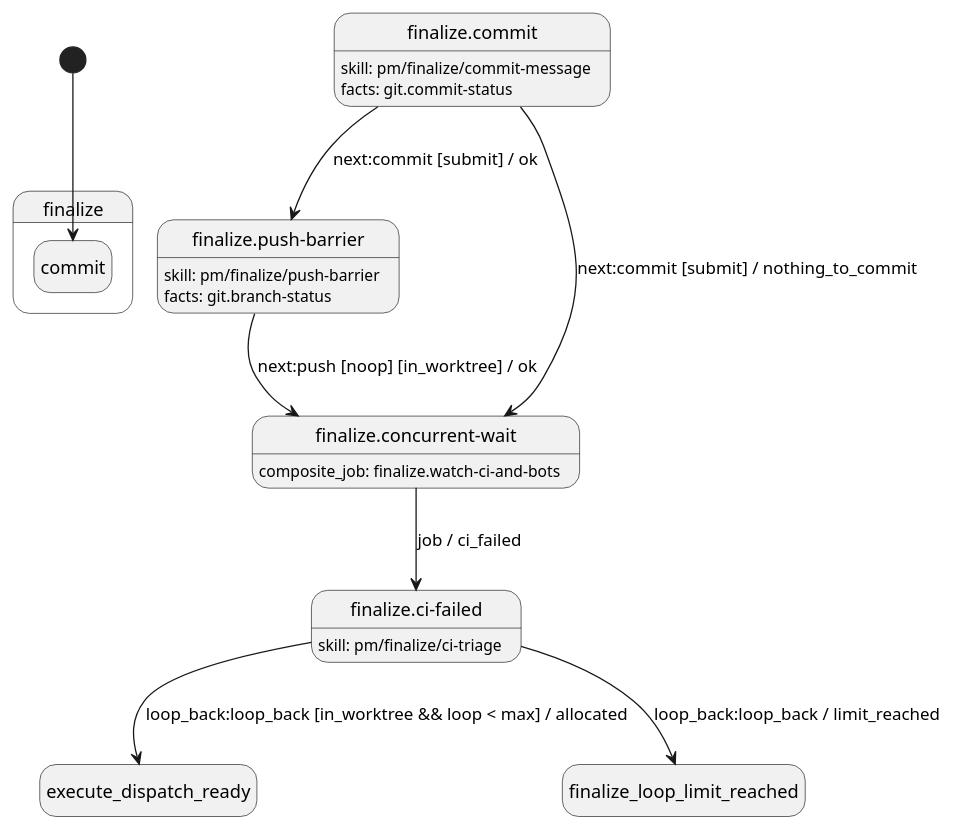
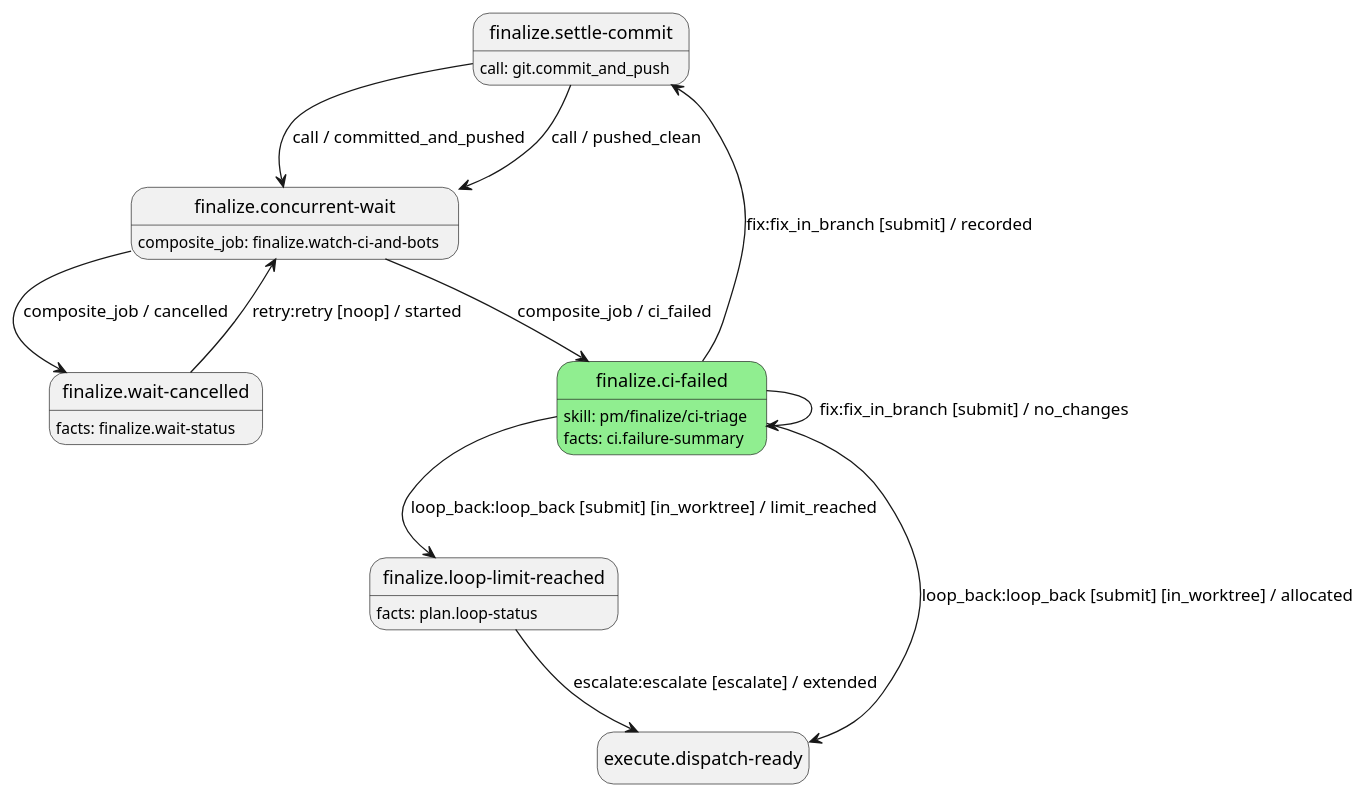
Before and after one commit to cuioss/plan-marshall-mcp: the diagram in doc/specification/workflow-dsl.adoc, drawn with PlantUML. The commit also changed other lines of this file and 4 other files, not shown here.

```diff
--- a/doc/specification/workflow-dsl.adoc
+++ b/doc/specification/workflow-dsl.adoc
@@ -768,18 +861,23 @@
 [source,plantuml]
 ----
 @startuml
 hide empty description
-[*] --> finalize.commit
-state "finalize.commit" as finalize_commit : skill: pm/finalize/commit-message\nfacts: git.commit-status
-state "finalize.push-barrier" as finalize_push_barrier : skill: pm/finalize/push-barrier\nfacts: git.branch-status
+state "finalize.settle-commit" as finalize_settle_commit : call: git.commit_and_push
 state "finalize.concurrent-wait" as finalize_concurrent_wait : composite_job: finalize.watch-ci-and-bots
-state "finalize.ci-failed" as finalize_ci_failed : skill: pm/finalize/ci-triage
+state "finalize.ci-failed" as finalize_ci_failed #LightGreen : skill: pm/finalize/ci-triage\nfacts: ci.failure-summary
+state "finalize.wait-cancelled" as finalize_wait_cancelled : facts: finalize.wait-status
+state "finalize.loop-limit-reached" as finalize_loop_limit_reached : facts: plan.loop-status
+state "execute.dispatch-ready" as execute_dispatch_ready
 
-finalize_commit --> finalize_push_barrier : next:commit [submit] / ok
-finalize_commit --> finalize_concurrent_wait : next:commit [submit] / nothing_to_commit
-finalize_push_barrier --> finalize_concurrent_wait : next:push [noop] [in_worktree] / ok
-finalize_concurrent_wait --> finalize_ci_failed : job / ci_failed
-finalize_ci_failed --> execute_dispatch_ready : loop_back:loop_back [in_worktree && loop < max] / allocated
-finalize_ci_failed --> finalize_loop_limit_reached : loop_back:loop_back / limit_reached
+finalize_settle_commit --> finalize_concurrent_wait : call / committed_and_pushed
+finalize_settle_commit --> finalize_concurrent_wait : call / pushed_clean
+finalize_concurrent_wait --> finalize_ci_failed : composite_job / ci_failed
+finalize_concurrent_wait --> finalize_wait_cancelled : composite_job / cancelled
+finalize_ci_failed --> finalize_settle_commit : fix:fix_in_branch [submit] / recorded
+finalize_ci_failed --> finalize_ci_failed : fix:fix_in_branch [submit] / no_changes
+finalize_ci_failed --> execute_dispatch_ready : loop_back:loop_back [submit] [in_worktree] / allocated
+finalize_ci_failed --> finalize_loop_limit_reached : loop_back:loop_back [submit] [in_worktree] / limit_reached
+finalize_wait_cancelled --> finalize_concurrent_wait : retry:retry [noop] / started
+finalize_loop_limit_reached --> execute_dispatch_ready : escalate:escalate [escalate] / extended
 @enduml
 ----
```
